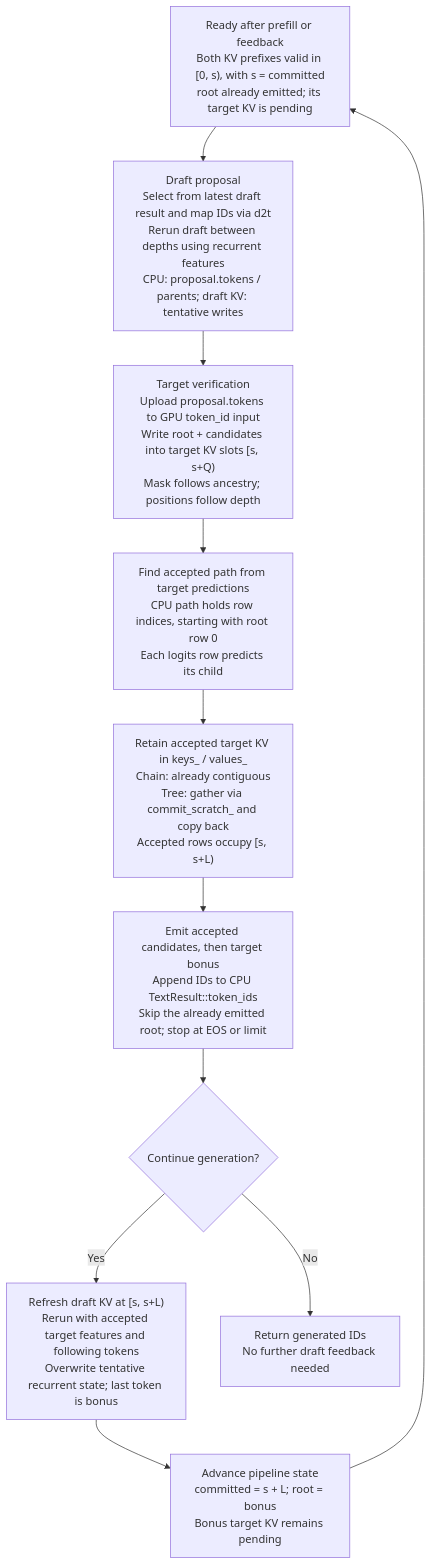
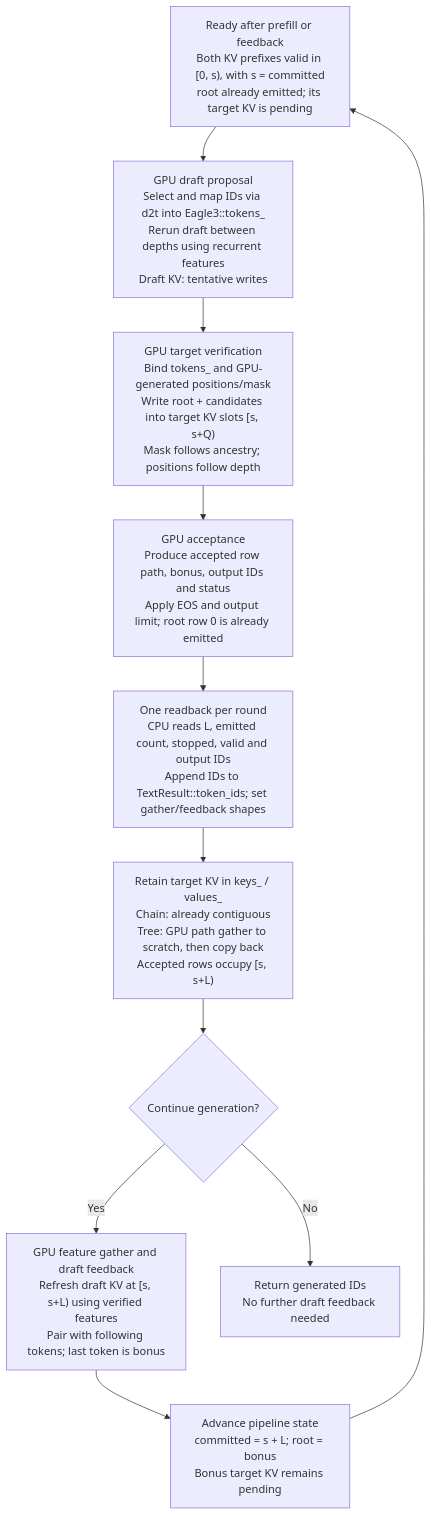
One commit to NVIDIA/TensorRT-Model-Connect changed the diagram in families/llama/SPECULATIVE_DECODING.md. Above: the diagram before and after it, drawn with Mermaid. The commit also changed other lines of this file and 19 other files, not shown here.

First line of the commit message:
refactor(llama): make GPU EAGLE3 policy mandatory

````diff
--- a/families/llama/SPECULATIVE_DECODING.md
+++ b/families/llama/SPECULATIVE_DECODING.md
@@ -117,17 +118,17 @@
 ```mermaid
 flowchart TD
     Ready["Ready after prefill or feedback<br/>Both KV prefixes valid in [0, s), with s = committed<br/>root already emitted; its target KV is pending"]
-    Propose["Draft proposal<br/>Select from latest draft result and map IDs via d2t<br/>Rerun draft between depths using recurrent features<br/>CPU: proposal.tokens / parents; draft KV: tentative writes"]
-    Verify["Target verification<br/>Upload proposal.tokens to GPU token_id input<br/>Write root + candidates into target KV slots [s, s+Q)<br/>Mask follows ancestry; positions follow depth"]
-    Accept["Find accepted path from target predictions<br/>CPU path holds row indices, starting with root row 0<br/>Each logits row predicts its child"]
-    Commit["Retain accepted target KV in keys_ / values_<br/>Chain: already contiguous<br/>Tree: gather via commit_scratch_ and copy back<br/>Accepted rows occupy [s, s+L)"]
-    Emit["Emit accepted candidates, then target bonus<br/>Append IDs to CPU TextResult::token_ids<br/>Skip the already emitted root; stop at EOS or limit"]
+    Propose["GPU draft proposal<br/>Select and map IDs via d2t into Eagle3::tokens_<br/>Rerun draft between depths using recurrent features<br/>Draft KV: tentative writes"]
+    Verify["GPU target verification<br/>Bind tokens_ and GPU-generated positions/mask<br/>Write root + candidates into target KV slots [s, s+Q)<br/>Mask follows ancestry; positions follow depth"]
+    Accept["GPU acceptance<br/>Produce accepted row path, bonus, output IDs and status<br/>Apply EOS and output limit; root row 0 is already emitted"]
+    Emit["One readback per round<br/>CPU reads L, emitted count, stopped, valid and output IDs<br/>Append IDs to TextResult::token_ids; set gather/feedback shapes"]
+    Commit["Retain target KV in keys_ / values_<br/>Chain: already contiguous<br/>Tree: GPU path gather to scratch, then copy back<br/>Accepted rows occupy [s, s+L)"]
     More{"Continue generation?"}
-    Feedback["Refresh draft KV at [s, s+L)<br/>Rerun with accepted target features and following tokens<br/>Overwrite tentative recurrent state; last token is bonus"]
+    Feedback["GPU feature gather and draft feedback<br/>Refresh draft KV at [s, s+L) using verified features<br/>Pair with following tokens; last token is bonus"]
     Advance["Advance pipeline state<br/>committed = s + L; root = bonus<br/>Bonus target KV remains pending"]
     Done["Return generated IDs<br/>No further draft feedback needed"]
 
-    Ready --> Propose --> Verify --> Accept --> Commit --> Emit --> More
+    Ready --> Propose --> Verify --> Accept --> Emit --> Commit --> More
     More -->|Yes| Feedback --> Advance --> Ready
     More -->|No| Done
 ```
````
